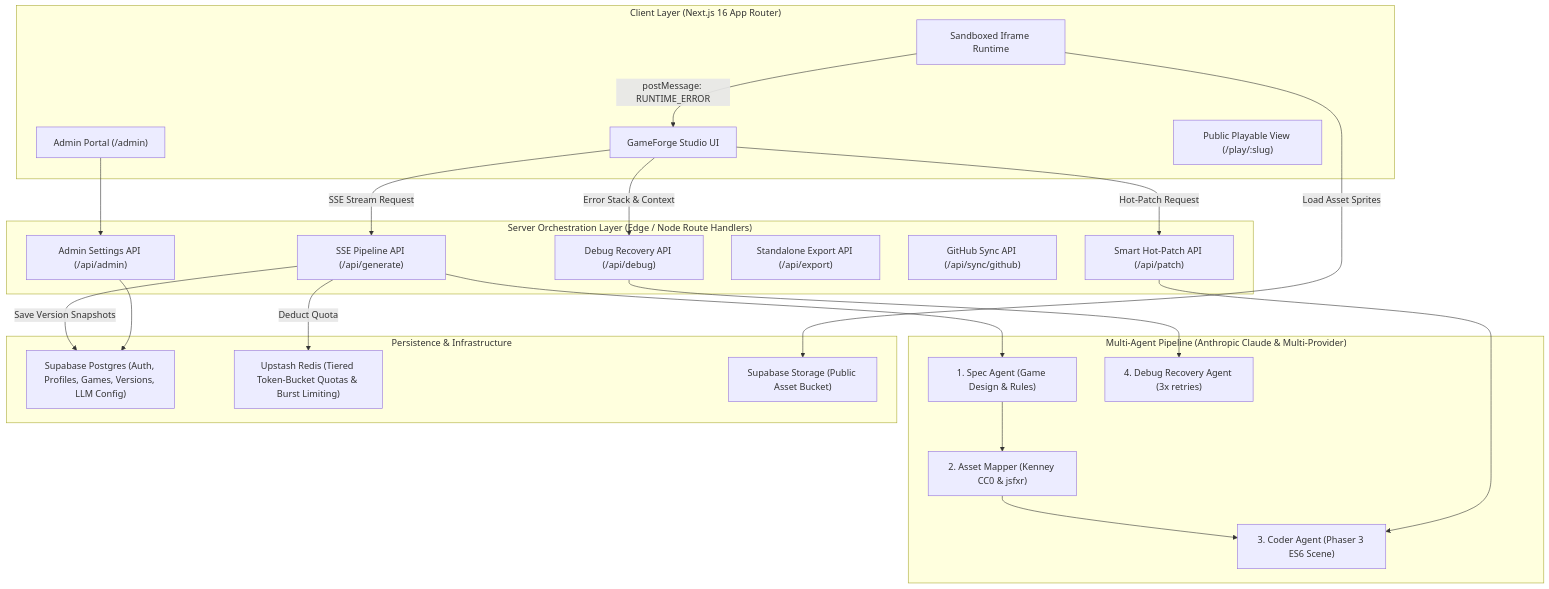
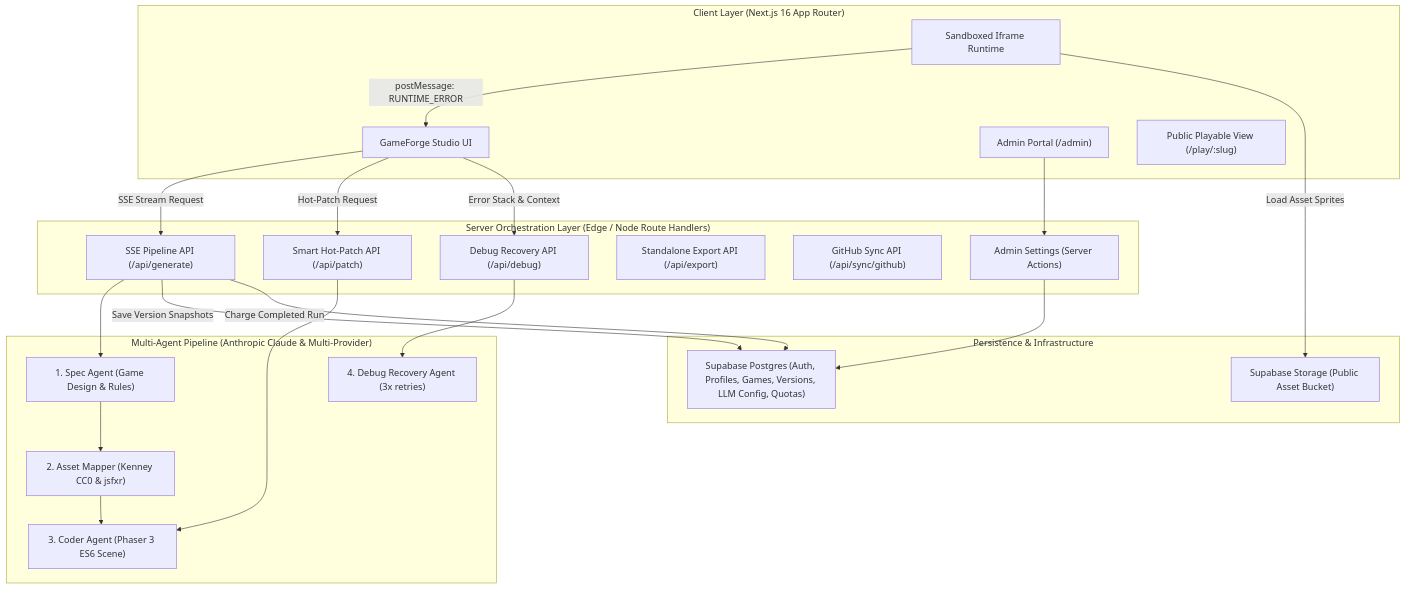
The diagram in gameforge_architecture_plan.md (devinfebrian/GameForge), drawn with Mermaid before and after one commit. The commit also changed other lines of this file and 37 other files, not shown here.

Commit message:
Phase 6: Quota and admin

````diff
--- a/gameforge_architecture_plan.md
+++ b/gameforge_architecture_plan.md
@@ -9,45 +9,44 @@
 ```mermaid
 flowchart TD
     subgraph Client ["Client Layer (Next.js 16 App Router)"]
         Studio["GameForge Studio UI"]
         Sandbox["Sandboxed Iframe Runtime"]
         AdminUI["Admin Portal (/admin)"]
         PublicPlay["Public Playable View (/play/:slug)"]
     end
 
     subgraph API ["Server Orchestration Layer (Edge / Node Route Handlers)"]
         StreamAPI["SSE Pipeline API (/api/generate)"]
         PatchAPI["Smart Hot-Patch API (/api/patch)"]
         DebugAPI["Debug Recovery API (/api/debug)"]
         ExportAPI["Standalone Export API (/api/export)"]
         GithubAPI["GitHub Sync API (/api/sync/github)"]
-        AdminAPI["Admin Settings API (/api/admin)"]
+        AdminActions["Admin Settings (Server Actions)"]
     end
 
     subgraph Agents ["Multi-Agent Pipeline (Anthropic Claude & Multi-Provider)"]
         SpecAgent["1. Spec Agent (Game Design & Rules)"]
         AssetMapper["2. Asset Mapper (Kenney CC0 & jsfxr)"]
         CoderAgent["3. Coder Agent (Phaser 3 ES6 Scene)"]
         DebugAgent["4. Debug Recovery Agent (3x retries)"]
     end
 
     subgraph Storage ["Persistence & Infrastructure"]
-        SupabaseDB["Supabase Postgres (Auth, Profiles, Games, Versions, LLM Config)"]
-        UpstashRedis["Upstash Redis (Tiered Token-Bucket Quotas & Burst Limiting)"]
+        SupabaseDB["Supabase Postgres (Auth, Profiles, Games, Versions, LLM Config, Quotas)"]
         AssetCDN["Supabase Storage (Public Asset Bucket)"]
     end
 
     Studio -->|SSE Stream Request| StreamAPI
     Studio -->|Hot-Patch Request| PatchAPI
     Sandbox -->|postMessage: RUNTIME_ERROR| Studio
     Studio -->|Error Stack & Context| DebugAPI
 
     StreamAPI --> SpecAgent --> AssetMapper --> CoderAgent
     PatchAPI --> CoderAgent
     DebugAPI --> DebugAgent
 
     StreamAPI -->|Save Version Snapshots| SupabaseDB
-    StreamAPI -->|Deduct Quota| UpstashRedis
+    StreamAPI -->|Charge Completed Run| SupabaseDB
     Sandbox -->|Load Asset Sprites| AssetCDN
-    AdminUI --> AdminAPI --> SupabaseDB
+    AdminUI --> AdminActions --> SupabaseDB
 ```
````
